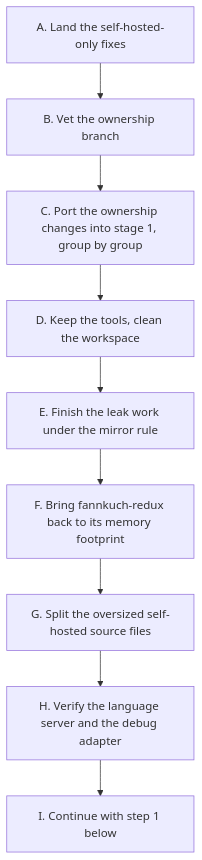
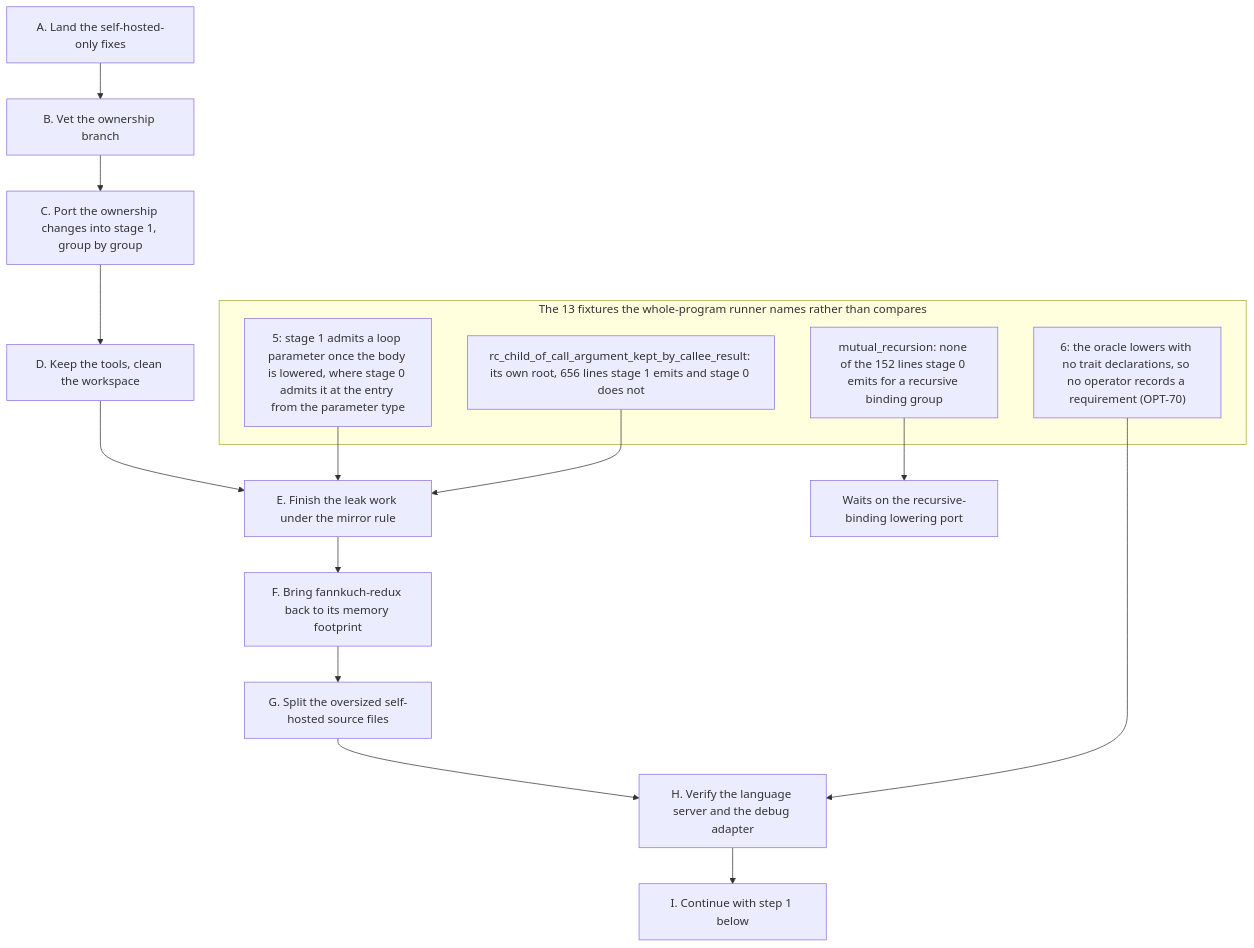
One commit to MattiasHognas/Ashes changed the diagram in docs/md/future/SELF_HOSTING.md. Above: the diagram before and after it, drawn with Mermaid. The commit also changed 1 other file, not shown here.

Commit message:
The parity gaps are named in the plan's chart, and mutual_recursion is reported rather than silent (#1133)
The whole-program runner compared 66 fixtures and named 12; mutual_recursion was excluded a level earlier, so its 152 missing lines appeared in no count. It joins the named list, and the plan's chart carries the four roots the 13 divide into, each pointing at the step that closes it.

````diff
--- a/docs/md/future/SELF_HOSTING.md
+++ b/docs/md/future/SELF_HOSTING.md
@@ -89,11 +89,23 @@
 ```mermaid
 flowchart TD
     A[A. Land the self-hosted-only fixes] --> B[B. Vet the ownership branch]
     B --> C[C. Port the ownership changes into stage 1, group by group]
     C --> D[D. Keep the tools, clean the workspace]
     D --> E[E. Finish the leak work under the mirror rule]
     E --> F[F. Bring fannkuch-redux back to its memory footprint]
     F --> G[G. Split the oversized self-hosted source files]
     G --> H[H. Verify the language server and the debug adapter]
     H --> I[I. Continue with step 1 below]
+
+    subgraph gaps["The 13 fixtures the whole-program runner names rather than compares"]
+        P2["5: stage 1 admits a loop parameter once the body is lowered, where stage 0 admits it at the entry from the parameter type"]
+        P3["rc_child_of_call_argument_kept_by_callee_result: its own root, 656 lines stage 1 emits and stage 0 does not"]
+        P1["6: the oracle lowers with no trait declarations, so no operator records a requirement (OPT-70)"]
+        P4["mutual_recursion: none of the 152 lines stage 0 emits for a recursive binding group"]
+    end
+
+    P2 --> E
+    P3 --> E
+    P1 --> H
+    P4 --> S3["Waits on the recursive-binding lowering port"]
 ```
````
